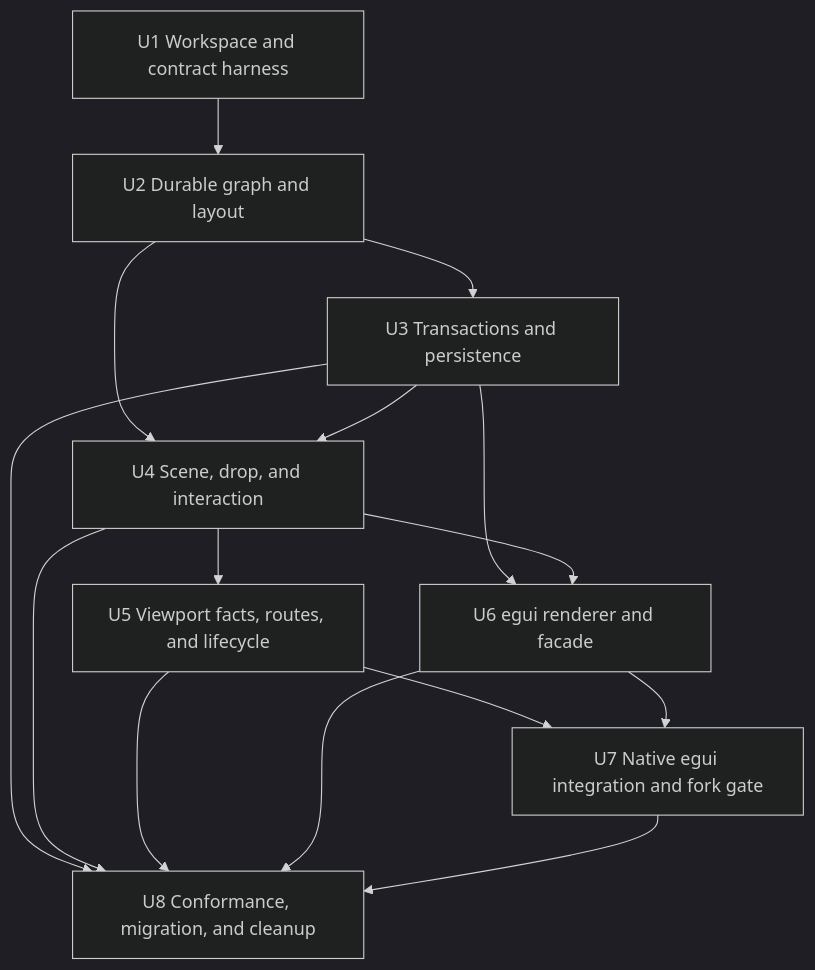
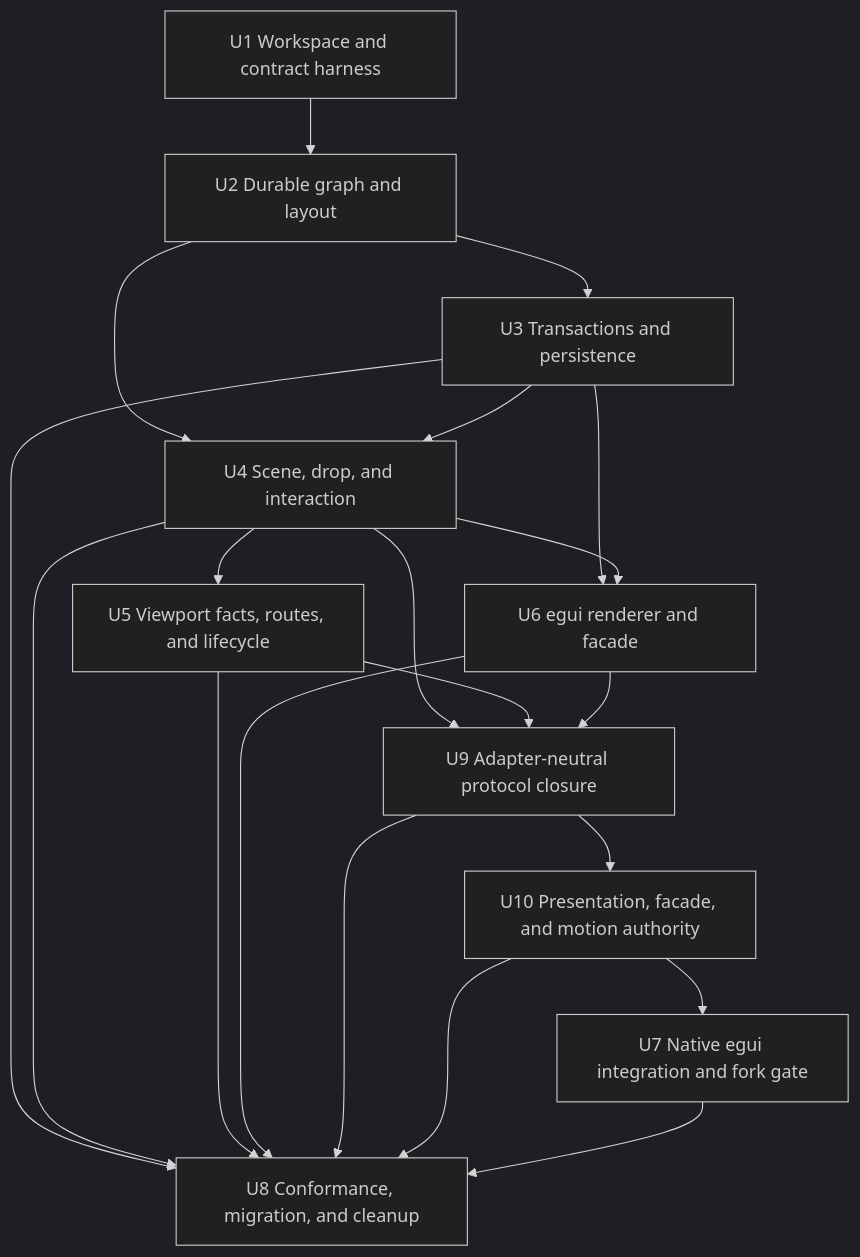
One commit to Latias94/egui_docking changed the fifth of 5 diagrams in docs/plans/2026-07-18-001-headless-dockspace-refactor-plan.md. Above: the diagram before and after it, drawn with Mermaid (dark theme). The commit also changed other lines of this file, not shown here.

Commit message:
docs(plan): harden adapter-neutral docking gates

````diff
--- a/docs/plans/2026-07-18-001-headless-dockspace-refactor-plan.md
+++ b/docs/plans/2026-07-18-001-headless-dockspace-refactor-plan.md
@@ -359,17 +427,22 @@
 ```mermaid
 flowchart TB
   U1[U1 Workspace and contract harness] --> U2[U2 Durable graph and layout]
   U2 --> U3[U3 Transactions and persistence]
   U2 --> U4[U4 Scene, drop, and interaction]
   U3 --> U4
   U4 --> U5[U5 Viewport facts, routes, and lifecycle]
   U3 --> U6[U6 egui renderer and facade]
   U4 --> U6
-  U5 --> U7[U7 Native egui integration and fork gate]
-  U6 --> U7
+  U4 --> U9[U9 Adapter-neutral protocol closure]
+  U5 --> U9
+  U6 --> U9
+  U9 --> U10[U10 Presentation, facade, and motion authority]
+  U10 --> U7[U7 Native egui integration and fork gate]
   U3 --> U8[U8 Conformance, migration, and cleanup]
   U4 --> U8
   U5 --> U8
   U6 --> U8
+  U9 --> U8
+  U10 --> U8
   U7 --> U8
 ```
````
